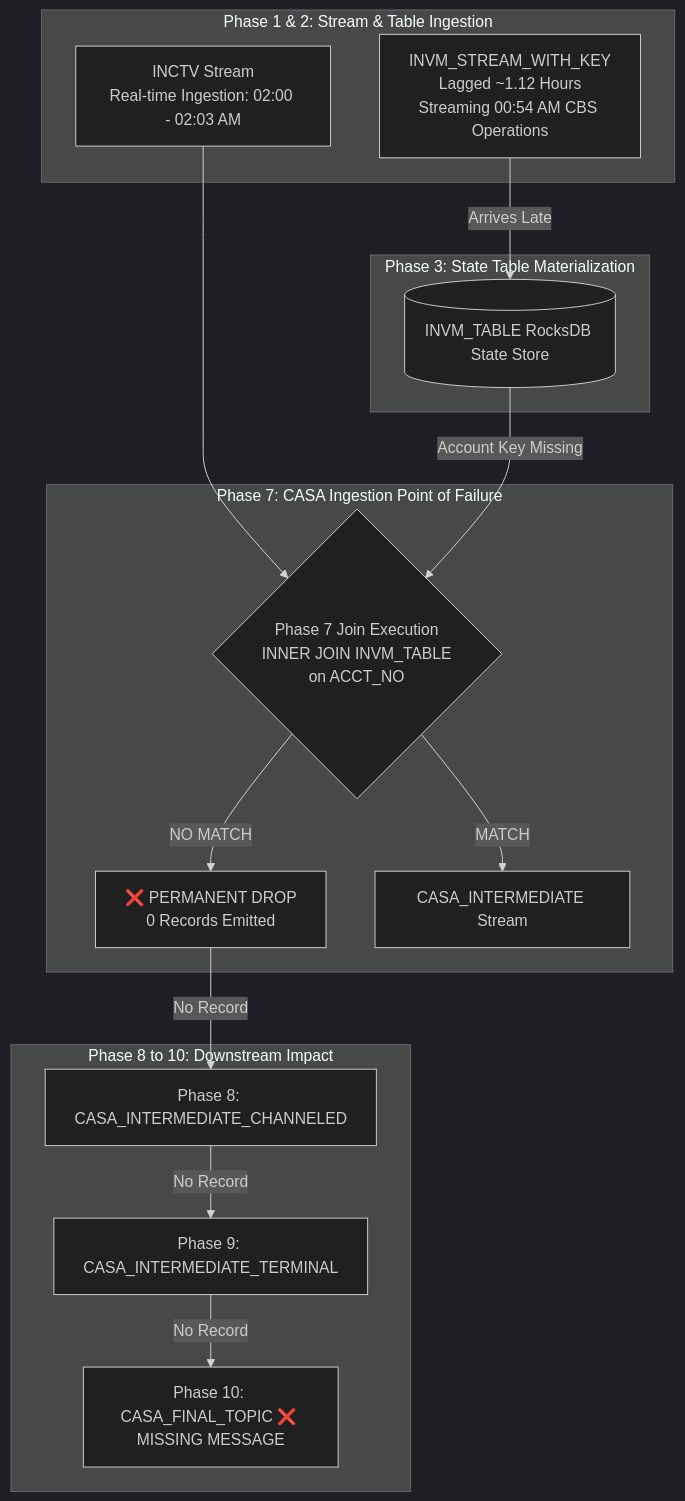
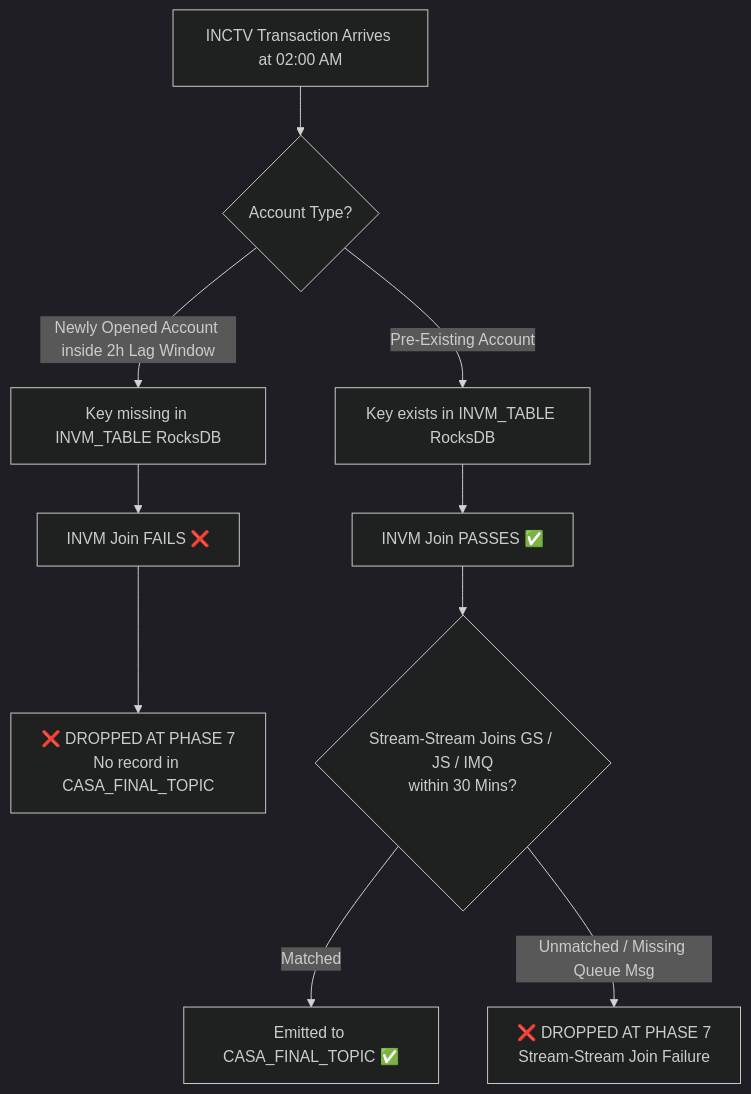
Before and after one commit to Nandan-Hebbar/Platformatory-Daily: the diagram in INVM-Lag-Effect.md, drawn with Mermaid (dark theme). The commit also changed other lines of this file, not shown here.

First line of the commit message:
Revise INVM Connector Lag Impact Analysis Report

````diff
--- a/INVM-Lag-Effect.md
+++ b/INVM-Lag-Effect.md
@@ -42,24 +48,15 @@
 ```mermaid
 flowchart TD
-    subgraph Phase 1 & 2: Stream & Table Ingestion
-        INCT[INCTV Stream\nReal-time Ingestion: 02:00 - 02:03 AM]
-        INVM_STREAM[INVM_STREAM_WITH_KEY\nLagged ~1.12 Hours\nStreaming 00:54 AM CBS Operations]
-    end
+    A[INCTV Transaction Arrives at 02:00 AM] --> B{Account Type?}
+    
+    B -->|Pre-Existing Account| C[Key exists in INVM_TABLE RocksDB]
+    C --> D[INVM Join PASSES ✅]
+    
+    B -->|Newly Opened Account inside 2h Lag Window| E[Key missing in INVM_TABLE RocksDB]
+    E --> F[INVM Join FAILS ❌]
+    F --> DROP1[❌ DROPPED AT PHASE 7\nNo record in CASA_FINAL_TOPIC]
 
-    subgraph Phase 3: State Table Materialization
-        INVM_STREAM -->|Arrives Late| INVM_TBL[(INVM_TABLE RocksDB State Store)]
-    end
-
-    subgraph Phase 7: CASA Ingestion Point of Failure
-        INCT --> Q60{Phase 7 Join Execution\nINNER JOIN INVM_TABLE\non ACCT_NO}
-        INVM_TBL -->|Account Key Missing| Q60
-        Q60 -->|NO MATCH| DROP[❌ PERMANENT DROP\n0 Records Emitted]
-        Q60 -->|MATCH| PASS[CASA_INTERMEDIATE Stream]
-    end
-
-    subgraph Phase 8 to 10: Downstream Impact
-        DROP -->|No Record| P8[Phase 8: CASA_INTERMEDIATE_CHANNELED]
-        P8 -->|No Record| P9[Phase 9: CASA_INTERMEDIATE_TERMINAL]
-        P9 -->|No Record| P10[Phase 10: CASA_FINAL_TOPIC ❌ MISSING MESSAGE]
-    end
+    D --> G{Stream-Stream Joins GS / JS / IMQ\nwithin 30 Mins?}
+    G -->|Matched| PASS[Emitted to CASA_FINAL_TOPIC ✅]
+    G -->|Unmatched / Missing Queue Msg| DROP2[❌ DROPPED AT PHASE 7\nStream-Stream Join Failure]
 ```
````
